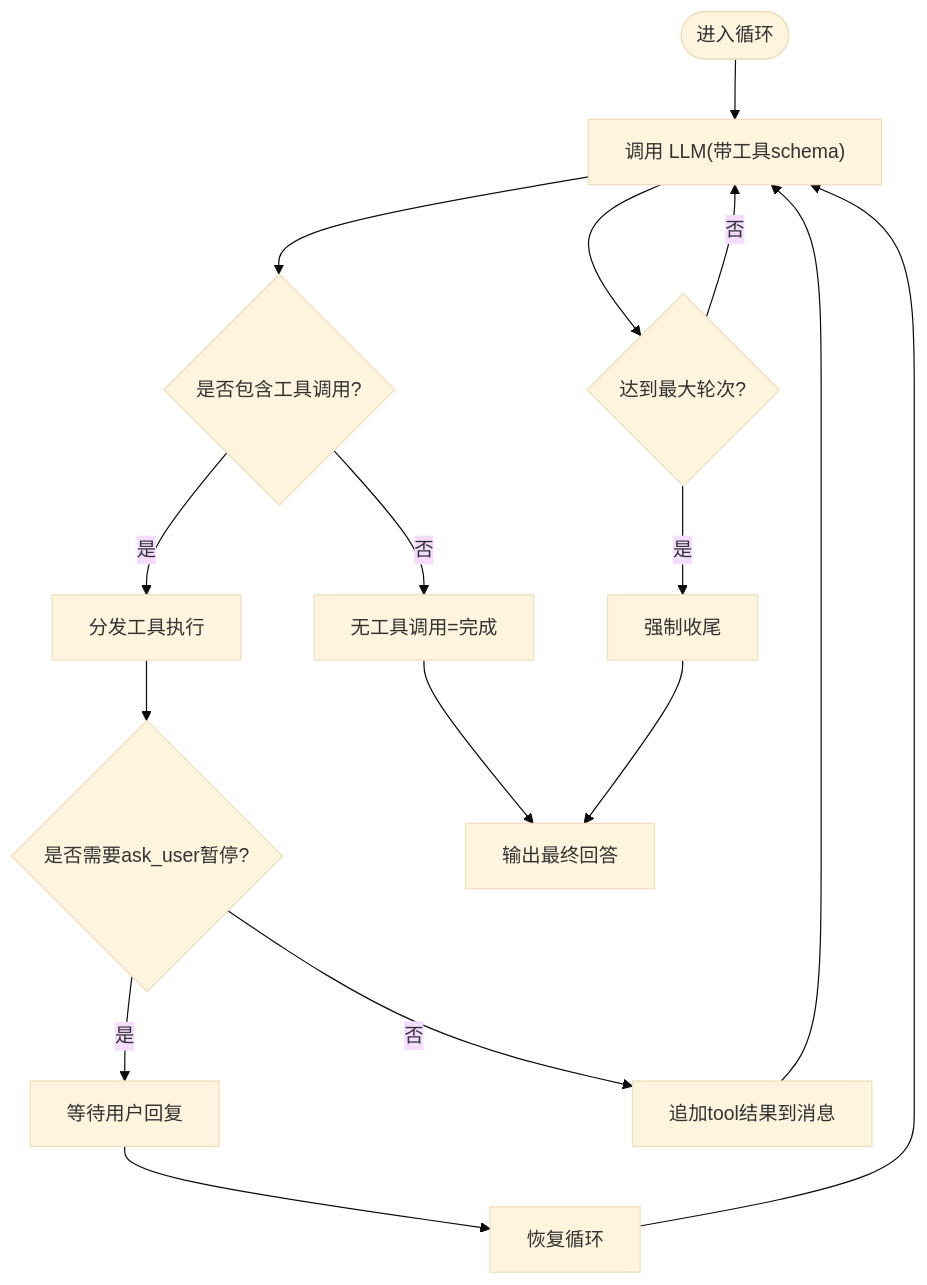
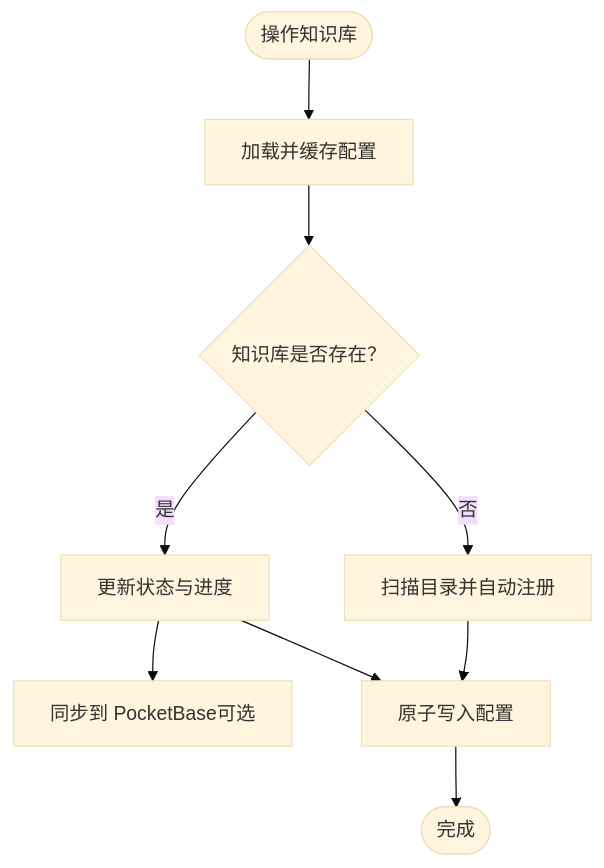
Before and after one commit to gongzili456/DeepTutor: the fourth of 8 diagrams in .qoder/repowiki/zh/content/项目概述/项目概述.md, drawn with Mermaid (base theme). The commit also changed other lines of this file and 1242 other files, not shown here.

````diff
--- a/.qoder/repowiki/zh/content/项目概述/项目概述.md
+++ b/.qoder/repowiki/zh/content/项目概述/项目概述.md
@@ -132,14 +178,11 @@
 ```mermaid
 flowchart TD
-Start(["进入循环"]) --> CallLLM["调用 LLM(带工具schema)"]
-CallLLM --> HasTools{"是否包含工具调用?"}
-HasTools -- "是" --> Dispatch["分发工具执行"]
-Dispatch --> PauseCheck{"是否需要ask_user暂停?"}
-PauseCheck -- "是" --> AwaitUser["等待用户回复"] --> Resume["恢复循环"] --> CallLLM
-PauseCheck -- "否" --> AppendMsg["追加tool结果到消息"] --> CallLLM
-HasTools -- "否" --> Finish["无工具调用=完成"]
-Finish --> EmitFinal["输出最终回答"]
-CallLLM --> BudgetExhausted{"达到最大轮次?"}
-BudgetExhausted -- "是" --> ForcedFinish["强制收尾"] --> EmitFinal
-BudgetExhausted -- "否" --> CallLLM
+Start(["操作知识库"]) --> LoadConfig["加载并缓存配置"]
+LoadConfig --> Validate{"知识库是否存在？"}
+Validate --> |否| AutoRegister["扫描目录并自动注册"]
+Validate --> |是| UpdateStatus["更新状态与进度"]
+UpdateStatus --> SyncPB["同步到 PocketBase可选"]
+AutoRegister --> SaveConfig["原子写入配置"]
+UpdateStatus --> SaveConfig
+SaveConfig --> End(["完成"])
 ```
````
